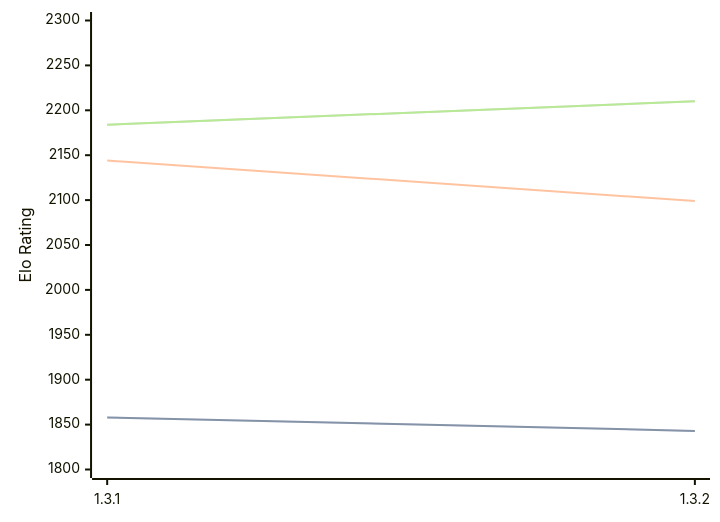
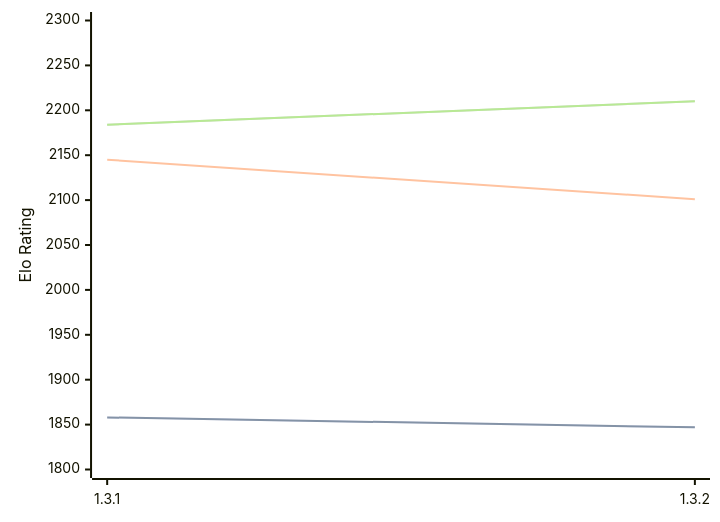
One commit to computer-chess-index/cci changed the diagram in engines/Zugblitz.md. Above: the diagram before and after it, drawn with Mermaid. The commit also changed other lines of this file, not shown here.

````diff
--- a/engines/Zugblitz.md
+++ b/engines/Zugblitz.md
@@ -32,11 +32,11 @@
 ```mermaid
 %%{init: {"theme":"base","themeVariables":{"seriesColors:['#a3a3a3','#222221','#faa371']}}}%%
 xychart-beta
   x-axis ["1.3.1", "1.3.2"]
   y-axis "Elo Rating" 1800 --> 2300
-  line "" [1858, 1843]
-  line "STC (8.0+0.08s)" [1858, 1843]
-  line "LTC (60.0+0.60s)" [2144, 2099]
+  line "" [1858, 1847]
+  line "STC (8.0+0.08s)" [1858, 1847]
+  line "LTC (60.0+0.60s)" [2145, 2101]
   line "" [2184, 2210]
   line "VLTC (2m24s+1.12s)" [2184, 2210]
 ```
````
